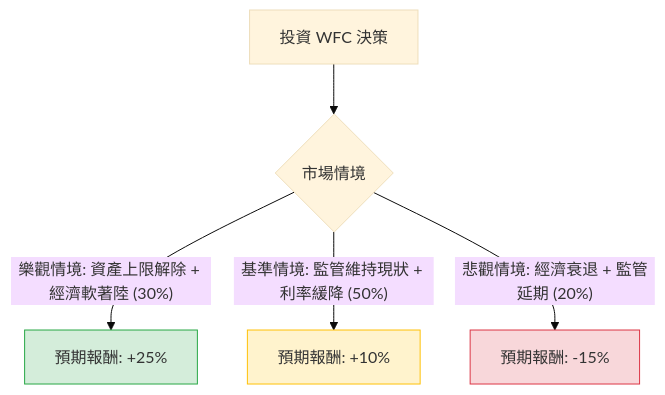
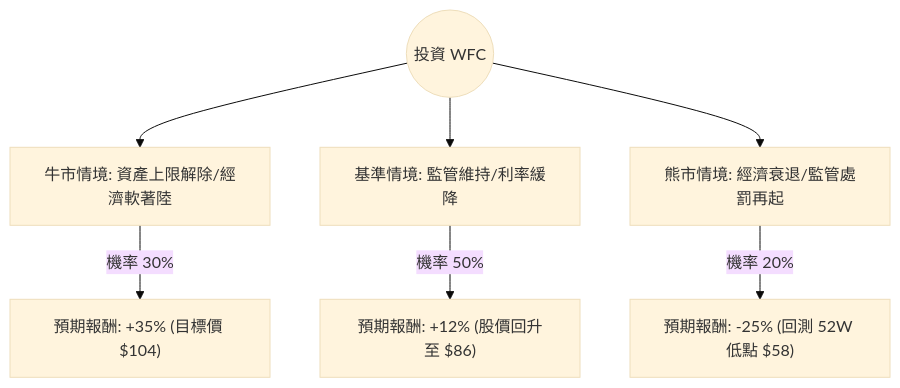
One commit to zmcx16/zmcx16.github.io changed the diagram in plugin-react/ai-analysis/ev-analysis/WFC.md. Above: the diagram before and after it, drawn with Mermaid (base theme). The commit also changed other lines of this file and 75 other files, not shown here.

````diff
--- a/plugin-react/ai-analysis/ev-analysis/WFC.md
+++ b/plugin-react/ai-analysis/ev-analysis/WFC.md
@@ -19,12 +22,10 @@
 ```mermaid
 graph TD
-    A[投資 WFC 決策] --> B{市場情境}
-    
-    B -- 樂觀情境: 資產上限解除 + 經濟軟著陸 (30%) --> C[預期報酬: +25%]
-    B -- 基準情境: 監管維持現狀 + 利率緩降 (50%) --> D[預期報酬: +10%]
-    B -- 悲觀情境: 經濟衰退 + 監管延期 (20%) --> E[預期報酬: -15%]
+    Start((投資 WFC)) --> Bull[牛市情境: 資產上限解除/經濟軟著陸]
+    Start --> Base[基準情境: 監管維持/利率緩降]
+    Start --> Bear[熊市情境: 經濟衰退/監管處罰再起]
 
-    style C fill:#d4edda,stroke:#28a745
-    style D fill:#fff3cd,stroke:#ffc107
-    style E fill:#f8d7da,stroke:#dc3545
+    Bull -- "機率 30%" --> BullVal["預期報酬: +35% (目標價 $104)"]
+    Base -- "機率 50%" --> BaseVal["預期報酬: +12% (股價回升至 $86)"]
+    Bear -- "機率 20%" --> BearVal["預期報酬: -25% (回測 52W 低點 $58)"]
 ```
````
